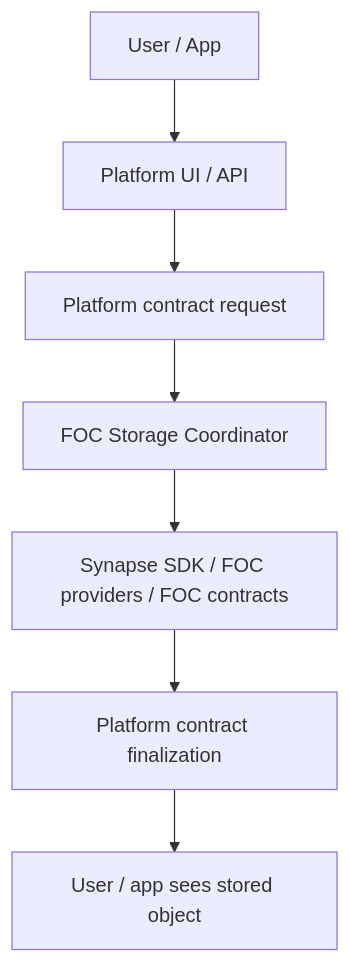
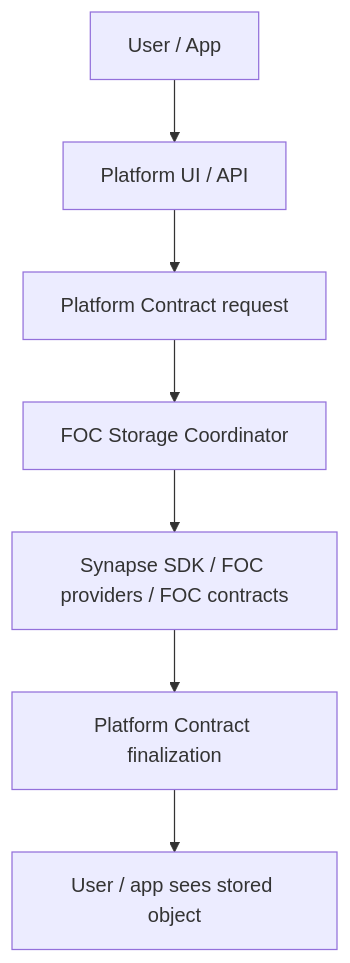
The seventh of 20 diagrams in spec.md (FIL-Builders/foc-platform), drawn with Mermaid before and after one commit. The commit also changed other lines of this file, not shown here.

Commit message:
Polish platform stack specification

````diff
--- a/spec.md
+++ b/spec.md
@@ -653,17 +659,17 @@
 ```mermaid
 flowchart TD
   user["User / App"]
   api["Platform UI / API"]
-  request["Platform contract request"]
+  request["Platform Contract request"]
   coordinator["FOC Storage Coordinator"]
   foc["Synapse SDK / FOC providers / FOC contracts"]
-  finalize["Platform contract finalization"]
+  finalize["Platform Contract finalization"]
   result["User / app sees stored object"]
 
   user --> api
   api --> request
   request --> coordinator
   coordinator --> foc
   foc --> finalize
   finalize --> result
 ```
````
